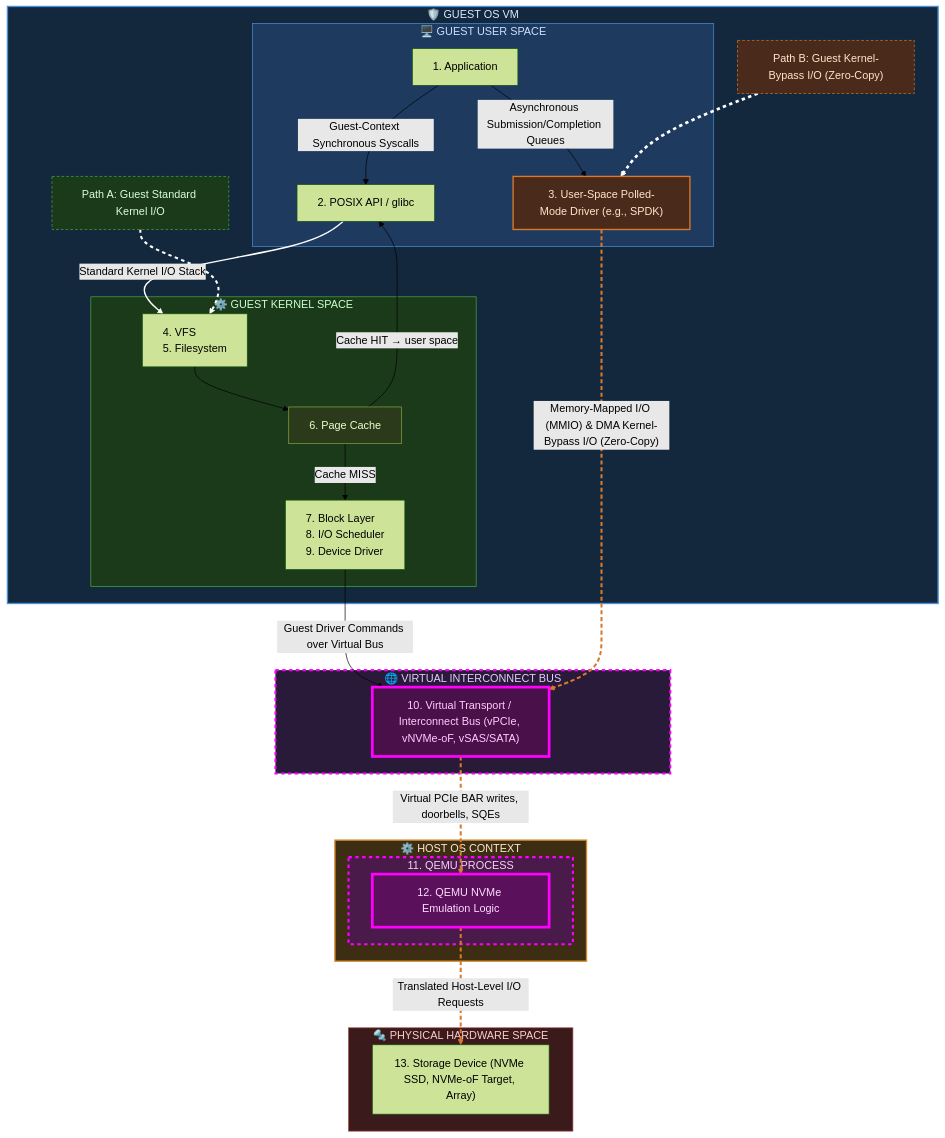
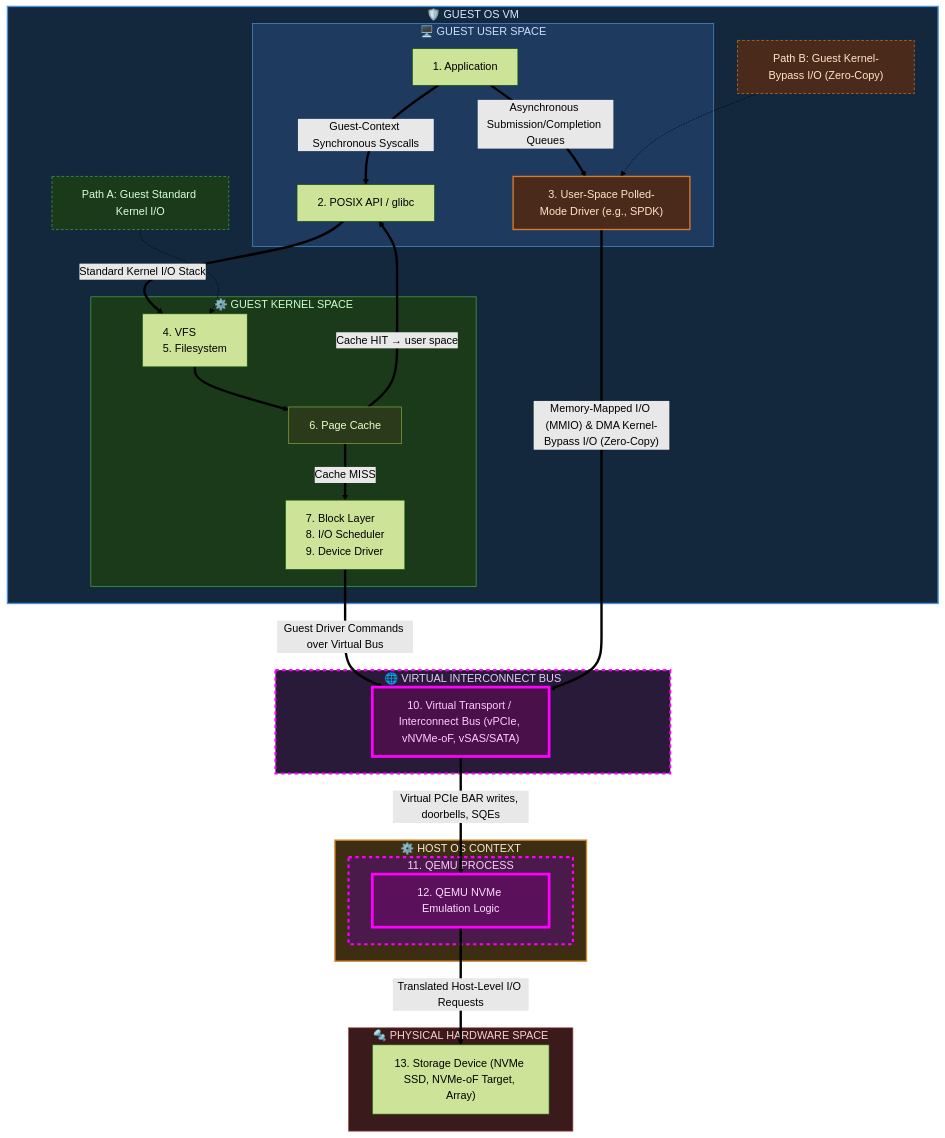
The diagram in docs/arch/qemu-nvme-storage-stack.md (SiliconLanguage/dataplane-emu), drawn with Mermaid (forest theme) before and after one commit.

Commit message:
updated line style

````diff
--- a/docs/arch/qemu-nvme-storage-stack.md
+++ b/docs/arch/qemu-nvme-storage-stack.md
@@ -5,68 +5,62 @@
 ```mermaid
 flowchart TD
     subgraph GUEST["🛡️ GUEST OS VM"]
         subgraph USER["🖥️ GUEST USER SPACE"]
             A["1. Application"]
             B["2. POSIX API / glibc"]
             J["3. User-Space Polled-Mode Driver (e.g., SPDK)"]
         end
 
         subgraph KERNEL["⚙️ GUEST KERNEL SPACE"]
             C["<div style='text-align: left;'>4. VFS<br/>5. Filesystem</div>"]
             E["6. Page Cache"]
             F["<div style='text-align: left;'>7. Block Layer<br/>8. I/O Scheduler<br/>9. Device Driver</div>"]
         end
 
         P1["Path A: Guest Standard Kernel I/O"]
         P2["Path B: Guest Kernel-Bypass I/O (Zero-Copy)"]
     end
 
     subgraph VIRTUAL_HW["🌐 VIRTUAL INTERCONNECT BUS"]
         T["10. Virtual Transport / Interconnect Bus (vPCIe, vNVMe-oF, vSAS/SATA)"]
     end
 
     subgraph HOST["⚙️ HOST OS CONTEXT"]
         subgraph QEMU["11. QEMU PROCESS"]
             QN["12. QEMU NVMe Emulation Logic"]
         end
     end
 
     subgraph PHYSICAL_HW["🔩 PHYSICAL HARDWARE SPACE"]
         I["13. Storage Device (NVMe SSD, NVMe-oF Target, Array)"]
     end
 
-    A -->|"Guest-Context Synchronous Syscalls"| B
-    B -->|"Standard Kernel I/O Stack"| C
-    C --> E
-    E -->|"Cache HIT → user space"| B
-    E -->|"Cache MISS"| F
-    F -->|"Guest Driver Commands over Virtual Bus"| T
+    A ==>|"Guest-Context Synchronous Syscalls"| B
+    B ==>|"Standard Kernel I/O Stack"| C
+    C ==> E
+    E ==>|"Cache HIT → user space"| B
+    E ==>|"Cache MISS"| F
+    F ==>|"Guest Driver Commands over Virtual Bus"| T
 
-    A -->|"Asynchronous Submission/Completion Queues"| J
-    J -->|"Memory-Mapped I/O (MMIO) & DMA Kernel-Bypass I/O (Zero-Copy)"| T
-    T -->|"Virtual PCIe BAR writes, doorbells, SQEs"| QN
-    QN -->|"Translated Host-Level I/O Requests"| I
+    A ==>|"Asynchronous Submission/Completion Queues"| J
+    J ==>|"Memory-Mapped I/O (MMIO) & DMA Kernel-Bypass I/O (Zero-Copy)"| T
+    T ==>|"Virtual PCIe BAR writes, doorbells, SQEs"| QN
+    QN ==>|"Translated Host-Level I/O Requests"| I
 
     P1 -.-> C
     P2 -.-> J
 
     style GUEST fill:#13283d,color:#d8ebff,stroke:#4a90d9,stroke-width:2px
     style USER fill:#1e3a5f,color:#cce0ff,stroke:#4a90d9
     style KERNEL fill:#1a3a1a,color:#ccffcc,stroke:#4aaa4a
     style HOST fill:#3d2d12,color:#ffe9cc,stroke:#d08a2b,stroke-width:2px
     style QEMU fill:#4a1a4a,color:#ffccff,stroke:#ff00ff,stroke-width:3px,stroke-dasharray: 5 5
     style QN fill:#5a105a,color:#ffddff,stroke:#ff00ff,stroke-width:4px
     style VIRTUAL_HW fill:#2a1a3a,color:#e6ccff,stroke:#ff00ff,stroke-width:3px,stroke-dasharray: 5 5
     style PHYSICAL_HW fill:#3a1a1a,color:#ffcccc,stroke:#aa4a4a
     style E fill:#2a3a1a,color:#eeffcc,stroke:#88aa44
     style J fill:#4a2a1a,color:#ffe6cc,stroke:#d9792b,stroke-width:2px
     style T fill:#4a104a,color:#ffccff,stroke:#ff00ff,stroke-width:4px
     style P1 fill:#1a3a1a,color:#d9ffd9,stroke:#4aaa4a,stroke-dasharray: 4 3
     style P2 fill:#4a2a1a,color:#ffe6cc,stroke:#d9792b,stroke-dasharray: 4 3
-    linkStyle 1 stroke:#ffffff,stroke-width:2px
-    linkStyle 7 stroke:#d9792b,stroke-width:3px,stroke-dasharray: 6 4
-    linkStyle 8 stroke:#d9792b,stroke-width:3px,stroke-dasharray: 6 4
-    linkStyle 9 stroke:#d9792b,stroke-width:3px,stroke-dasharray: 6 4
-    linkStyle 10 stroke:#ffffff,stroke-width:3px,stroke-dasharray: 5 5
-    linkStyle 11 stroke:#ffffff,stroke-width:4px,stroke-dasharray: 5 5
 ```
````
